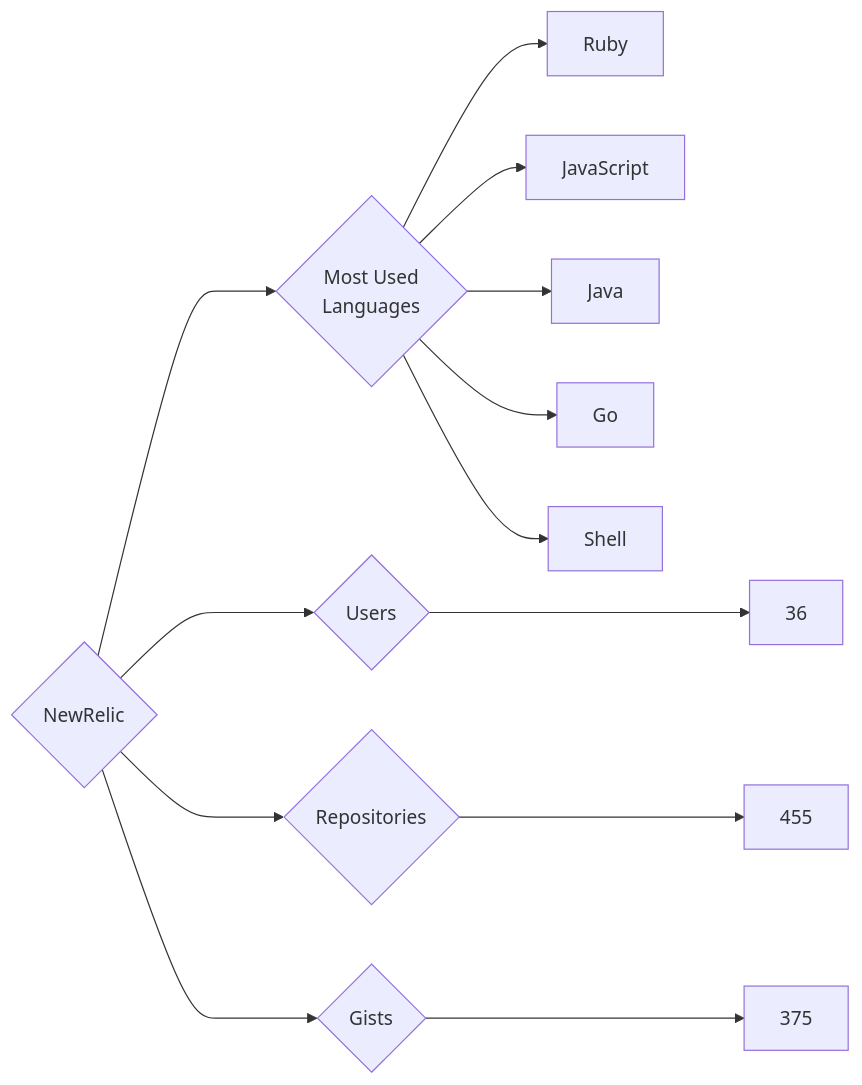
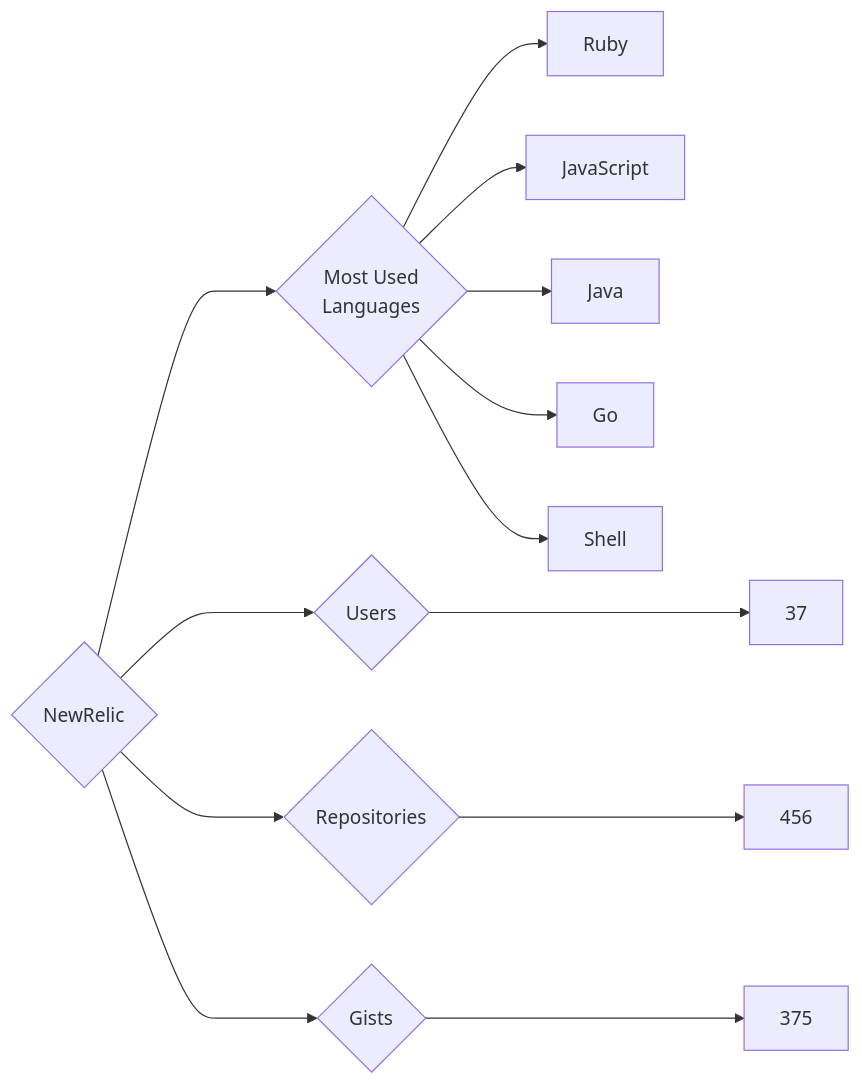
The diagram in targets/NewRelic/README.md (trickest/insiders), drawn with Mermaid before and after one commit. The commit also changed 948 other files, not shown here.

````diff
--- a/targets/NewRelic/README.md
+++ b/targets/NewRelic/README.md
@@ -3,13 +3,13 @@
 ```mermaid
 graph LR
 COMPANY_NAME{NewRelic}
-COMPANY_NAME ---> U{Users} ---> UN[36]
-COMPANY_NAME ---> R{Repositories} ---> RN[455]
+COMPANY_NAME ---> U{Users} ---> UN[37]
+COMPANY_NAME ---> R{Repositories} ---> RN[456]
 COMPANY_NAME ---> G{Gists} ---> GN[375]
 COMPANY_NAME ---> ML{Most Used<br>Languages}
 ML --> Ruby[Ruby]
 ML --> JavaScript[JavaScript]
 ML --> Java[Java]
 ML --> Go[Go]
 ML --> Shell[Shell]
 ```
````
